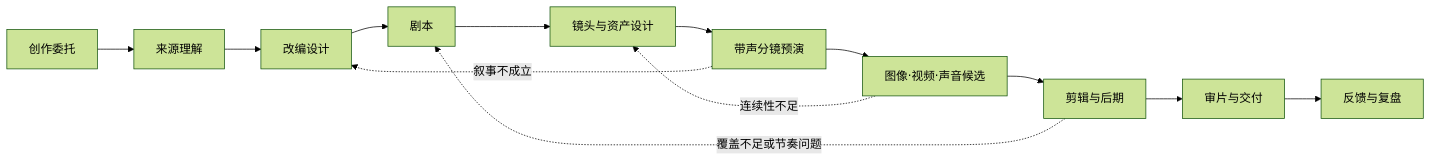
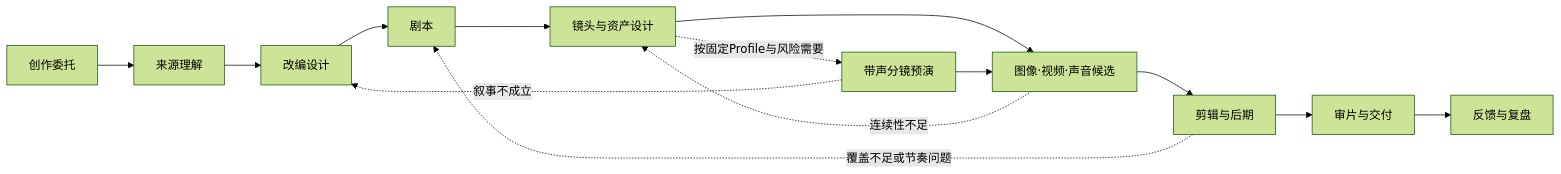
The diagram in README.md (cloudxy/vsc-plugin), drawn with Mermaid (forest theme) before and after one commit. The commit also changed other lines of this file and 222 other files, not shown here.

````diff
--- a/README.md
+++ b/README.md
@@ -46,15 +46,16 @@
 ```mermaid
 flowchart LR
     S0[创作委托] --> S1[来源理解]
     S1 --> S2[改编设计]
     S2 --> S3[剧本]
     S3 --> S4[镜头与资产设计]
-    S4 --> S5[带声分镜预演]
-    S5 --> S6[图像·视频·声音候选]
+    S4 --> S6[图像·视频·声音候选]
+    S4 -.按固定Profile与风险需要.-> S5[带声分镜预演]
+    S5 --> S6
     S6 --> S7[剪辑与后期]
     S7 --> S8[审片与交付]
     S8 --> S9[反馈与复盘]
     S5 -.叙事不成立.-> S2
     S6 -.连续性不足.-> S4
     S7 -.覆盖不足或节奏问题.-> S3
 ```
````
